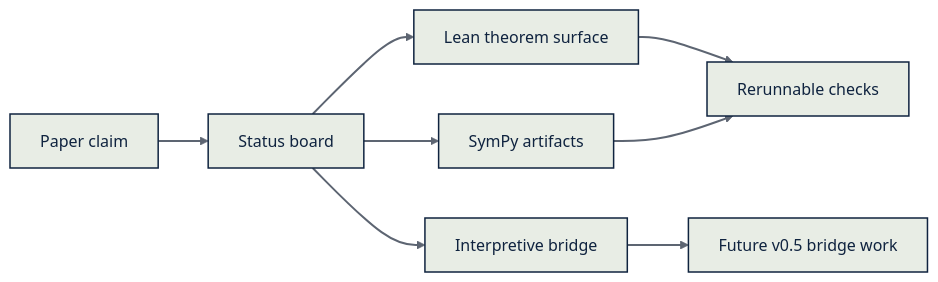
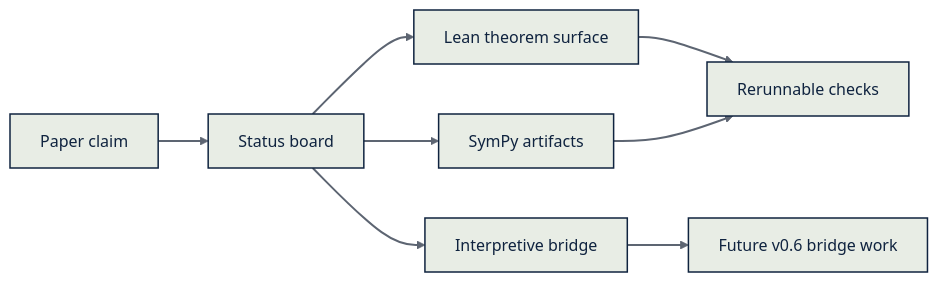
One commit to rishistyping/ii-logos-spacetime-derivation changed the second of 2 diagrams in docs/public-reader-preview.md. Above: the diagram before and after it, drawn with Mermaid (base theme). The commit also changed other lines of this file and 46 other files, not shown here.

````diff
--- a/docs/public-reader-preview.md
+++ b/docs/public-reader-preview.md
@@ -113,12 +127,12 @@
 ```mermaid
 flowchart LR
     P["Paper claim"] --> S["Status board"]
     S --> L["Lean theorem surface"]
     S --> C["SymPy artifacts"]
     S --> I["Interpretive bridge"]
     L --> R["Rerunnable checks"]
     C --> R
-    I --> V["Future v0.5 bridge work"]
+    I --> V["Future v0.6 bridge work"]
     classDef default fill:#E8EDE5,stroke:#0F233F,stroke-width:1.5px,color:#0F233F;
     linkStyle default stroke:#5D6572,stroke-width:2px;
 ```
````
